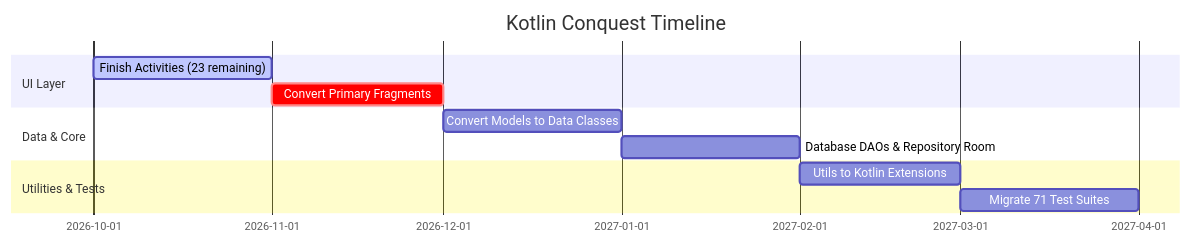
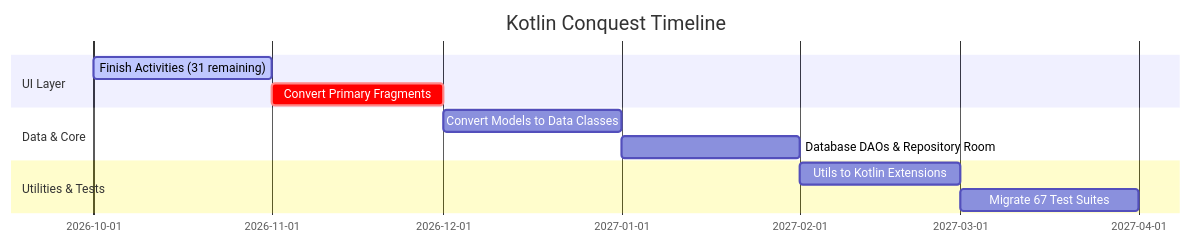
One commit to solomonrajan/cashledger changed the third of 3 diagrams in KOTLIN_MIGRATION_REPORT.md. Above: the diagram before and after it, drawn with Mermaid. The commit also changed other lines of this file, not shown here.

````diff
--- a/KOTLIN_MIGRATION_REPORT.md
+++ b/KOTLIN_MIGRATION_REPORT.md
@@ -267,14 +267,14 @@
 ```mermaid
 gantt
     title Kotlin Conquest Timeline
     dateFormat  YYYY-MM
     section UI Layer
-    Finish Activities (23 remaining) :active, act1, 2026-10, 2026-11
+    Finish Activities (31 remaining) :active, act1, 2026-10, 2026-11
     Convert Primary Fragments        :crit, act2, 2026-11, 2026-12
     section Data & Core
     Convert Models to Data Classes   :act3, 2026-12, 2027-01
     Database DAOs & Repository Room  :act4, 2027-01, 2027-02
     section Utilities & Tests
     Utils to Kotlin Extensions       :act5, 2027-02, 2027-03
-    Migrate 71 Test Suites           :act6, 2027-03, 2027-04
+    Migrate 67 Test Suites           :act6, 2027-03, 2027-04
 ```
````
